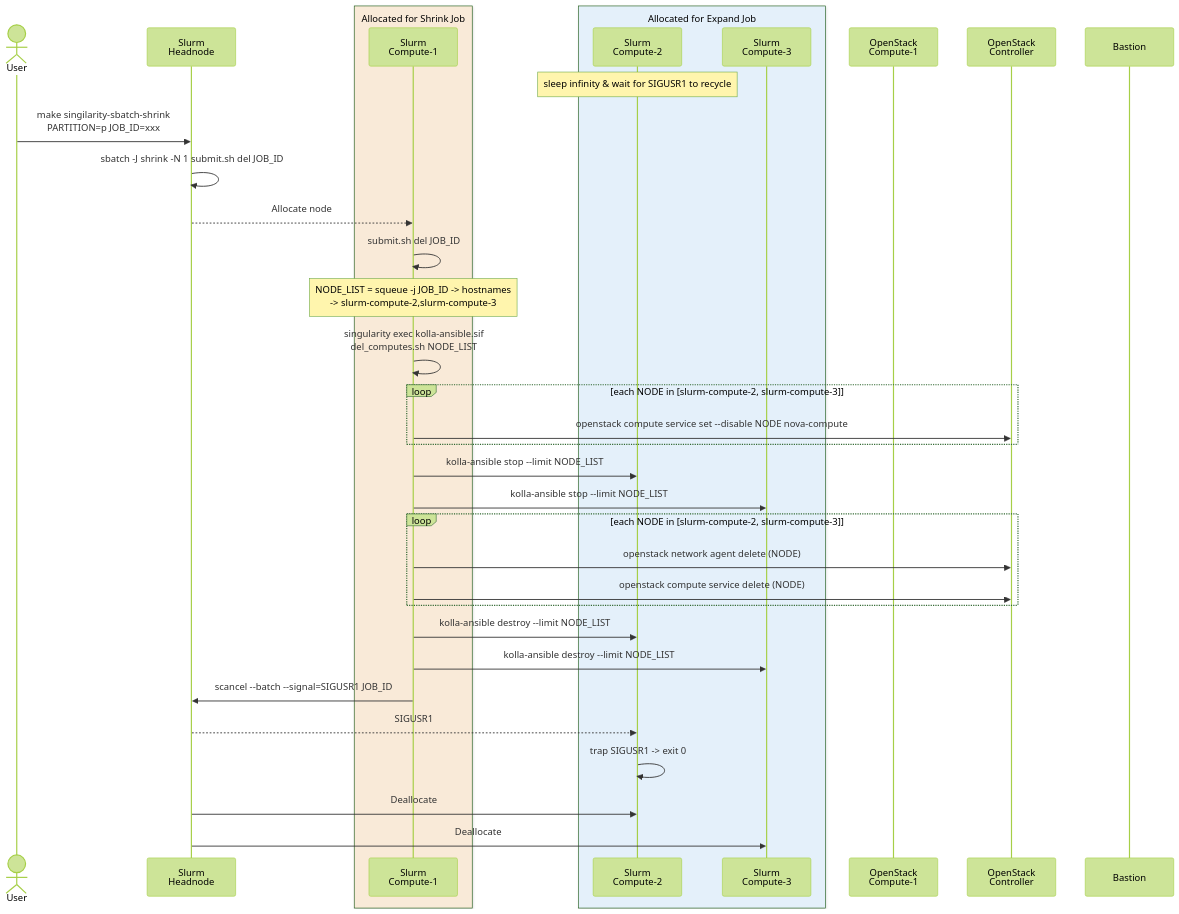
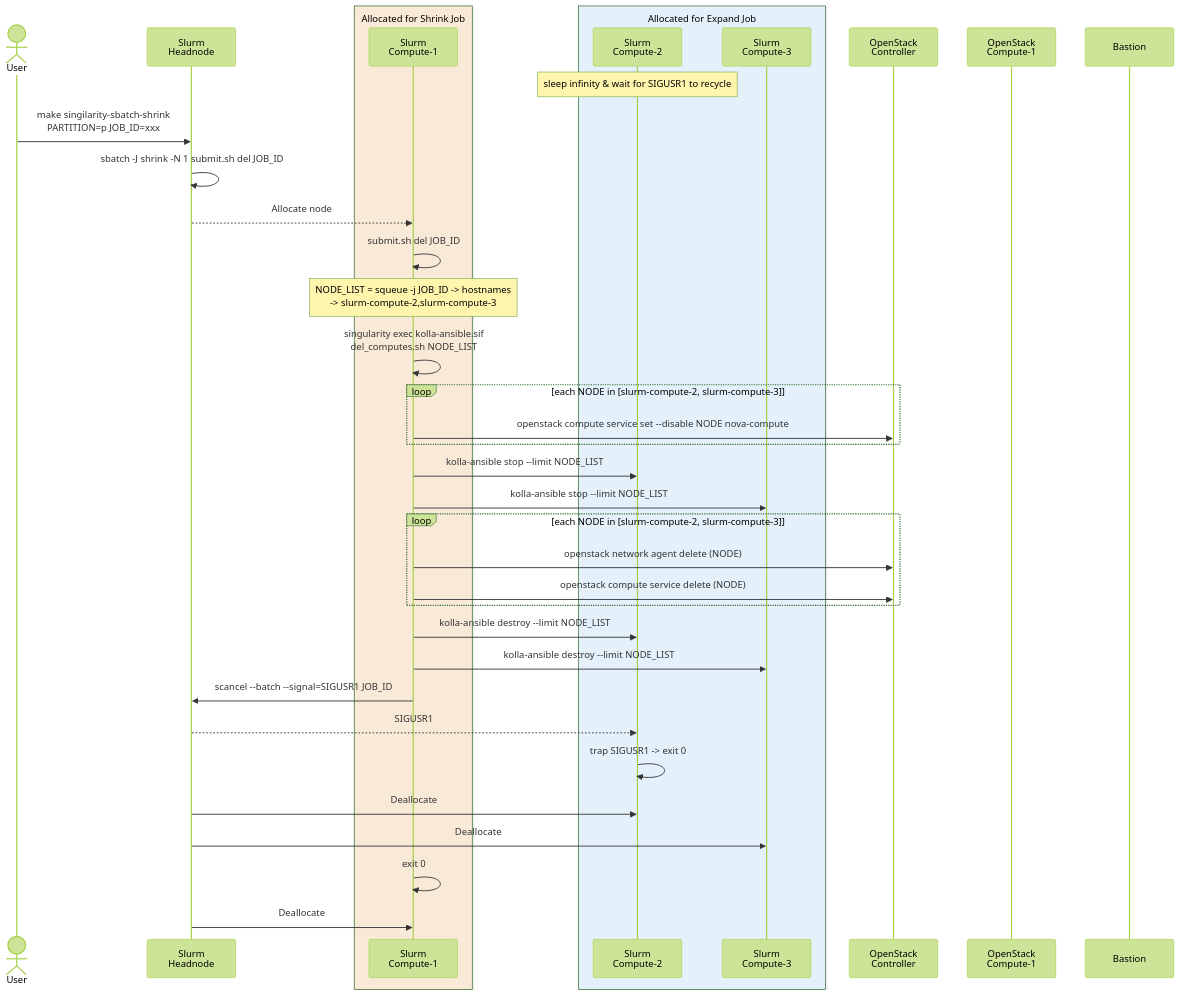
The second of 2 diagrams in infra_slurm/README.md (ceasar-sun/ceasar-fork.openstack-slurm-on-zillaforge), drawn with Mermaid (forest theme) before and after one commit. The commit also changed 5 other files, not shown here.

````diff
--- a/infra_slurm/README.md
+++ b/infra_slurm/README.md
@@ -44,49 +44,51 @@
 ```mermaid
 sequenceDiagram
     actor User
     participant HN as Slurm<br/>Headnode
     
     box rgb(249, 234, 216) Allocated for Shrink Job
         participant C1 as Slurm<br/>Compute-1
     end
 
     box rgb(228, 240, 250) Allocated for Expand Job
         participant C2 as Slurm<br/>Compute-2
         participant C3 as Slurm<br/>Compute-3
     end
-    
+
+    participant Ctrl as OpenStack<br/>Controller
     participant OSC1 as OpenStack<br/>Compute-1
-    participant Ctrl as OpenStack<br/>Controller
     participant Bastion
 
     Note over C2: sleep infinity & wait for SIGUSR1 to recycle
 
     User->>HN: make singilarity-sbatch-shrink<br/>PARTITION=p JOB_ID=xxx
     HN->>HN: sbatch -J shrink -N 1 submit.sh del JOB_ID
     HN-->>C1: Allocate node
 
     C1->>C1: submit.sh del JOB_ID
     Note over C1: NODE_LIST = squeue -j JOB_ID -> hostnames<br/>-> slurm-compute-2,slurm-compute-3
     C1->>C1: singularity exec kolla-ansible.sif<br/>del_computes.sh NODE_LIST
 
     loop each NODE in [slurm-compute-2, slurm-compute-3]
         C1->>Ctrl: openstack compute service set --disable NODE nova-compute
     end
 
     C1->>C2: kolla-ansible stop --limit NODE_LIST
     C1->>C3: kolla-ansible stop --limit NODE_LIST
 
     loop each NODE in [slurm-compute-2, slurm-compute-3]
         C1->>Ctrl: openstack network agent delete (NODE)
         C1->>Ctrl: openstack compute service delete (NODE)
     end
 
     C1->>C2: kolla-ansible destroy --limit NODE_LIST
     C1->>C3: kolla-ansible destroy --limit NODE_LIST
 
     C1->>HN: scancel --batch --signal=SIGUSR1 JOB_ID
     HN-->>C2: SIGUSR1
     C2->>C2: trap SIGUSR1 -> exit 0
     HN->>C2: Deallocate
     HN->>C3: Deallocate
+    C1->>C1: exit 0
+    HN->>C1: Deallocate
 ```
````
